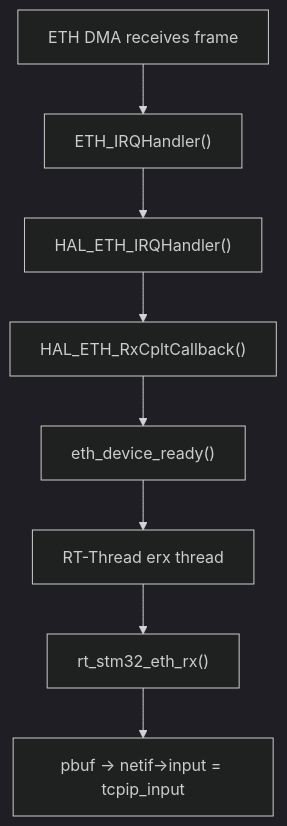
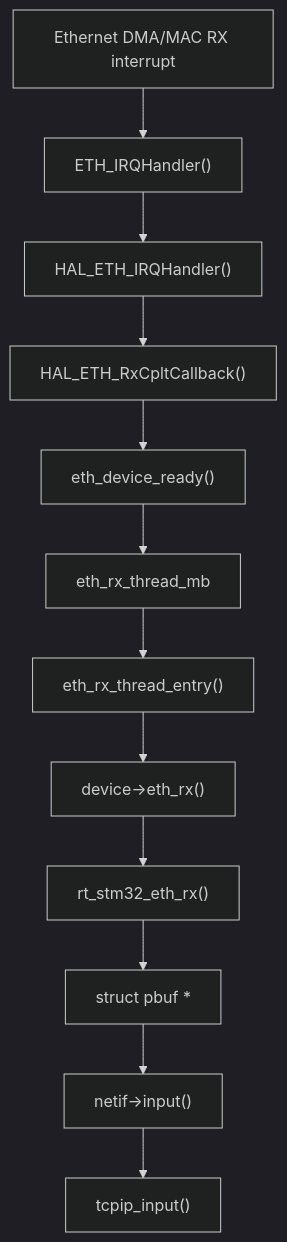
One commit to wdfk-prog/lwIP-Source-Lab changed the sixth of 7 diagrams in docs/42-stm32h750-rtthread-lwip-ethernet-port.md. Above: the diagram before and after it, drawn with Mermaid (dark theme). The commit also changed other lines of this file and 49 other files, not shown here.

````diff
--- a/docs/42-stm32h750-rtthread-lwip-ethernet-port.md
+++ b/docs/42-stm32h750-rtthread-lwip-ethernet-port.md
@@ -380,10 +836,14 @@
 ```mermaid
 flowchart TD
-    A["ETH DMA receives frame"] --> B["ETH_IRQHandler()"]
+    A["Ethernet DMA/MAC RX interrupt"] --> B["ETH_IRQHandler()"]
     B --> C["HAL_ETH_IRQHandler()"]
     C --> D["HAL_ETH_RxCpltCallback()"]
     D --> E["eth_device_ready()"]
-    E --> F["RT-Thread erx thread"]
-    F --> G["rt_stm32_eth_rx()"]
-    G --> H["pbuf -> netif->input = tcpip_input"]
+    E --> F["eth_rx_thread_mb"]
+    F --> G["eth_rx_thread_entry()"]
+    G --> H["device->eth_rx()"]
+    H --> I["rt_stm32_eth_rx()"]
+    I --> J["struct pbuf *"]
+    J --> K["netif->input()"]
+    K --> L["tcpip_input()"]
 ```
````
